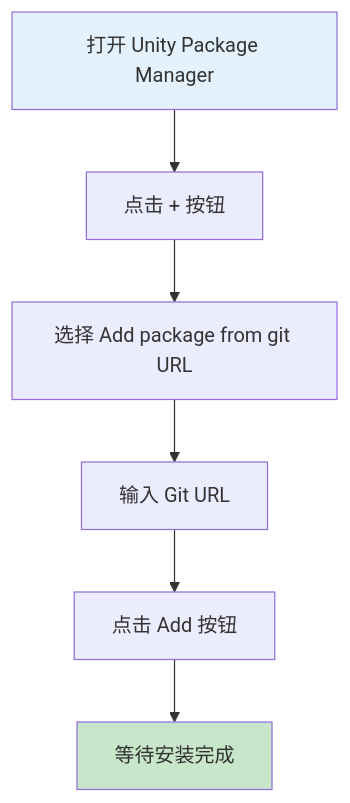
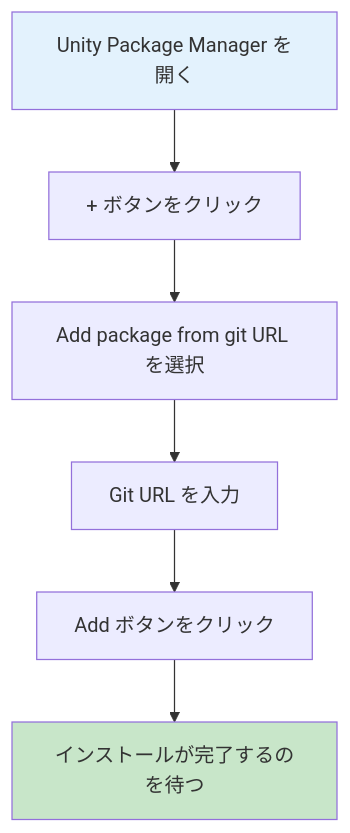
Before and after one commit to AlianBlank/GameFrameX.Docs: the second of 3 diagrams in docs/ja/client/unity/component/web/02.installation.md, drawn with Mermaid. The commit also changed other lines of this file and 320 other files, not shown here.

````diff
--- a/docs/ja/client/unity/component/web/02.installation.md
+++ b/docs/ja/client/unity/component/web/02.installation.md
@@ -51,11 +51,11 @@
 ```mermaid
 flowchart TD
-    A[打开 Unity Package Manager] --> B[点击 + 按钮]
-    B --> C[选择 Add package from git URL]
-    C --> D[输入 Git URL]
-    D --> E[点击 Add 按钮]
-    E --> F[等待安装完成]
+    A[Unity Package Manager を開く] --> B[+ ボタンをクリック]
+    B --> C[Add package from git URL を選択]
+    C --> D[Git URL を入力]
+    D --> E[Add ボタンをクリック]
+    E --> F[インストールが完了するのを待つ]
     
     style A fill:#e3f2fd
     style F fill:#c8e6c9
 ```
````
